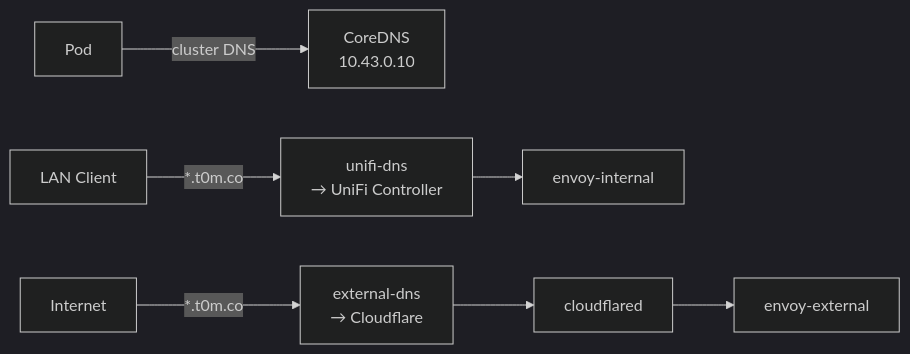
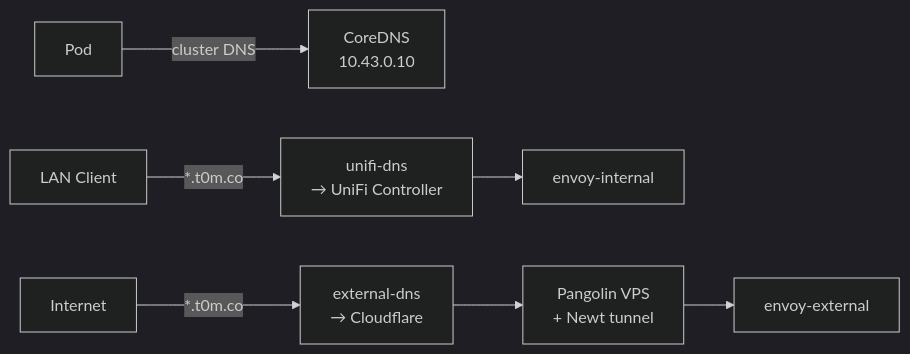
Before and after one commit to tscibilia/home-ops: the diagram in docs/architecture.md, drawn with Mermaid (dark theme). The commit also changed other lines of this file and 7 other files, not shown here.

````diff
--- a/docs/architecture.md
+++ b/docs/architecture.md
@@ -57,8 +57,8 @@
 ```mermaid
 flowchart LR
     Pod -->|cluster DNS| CoreDNS["CoreDNS\n10.43.0.10"]
     LAN["LAN Client"] -->|*.t0m.co| UniFi["unifi-dns\n→ UniFi Controller"]
     Internet -->|*.t0m.co| CF["external-dns\n→ Cloudflare"]
     UniFi --> EI[envoy-internal]
-    CF --> Tunnel[cloudflared] --> EE[envoy-external]
+    CF --> VPS["Pangolin VPS\n+ Newt tunnel"] --> EE[envoy-external]
 ```
````
